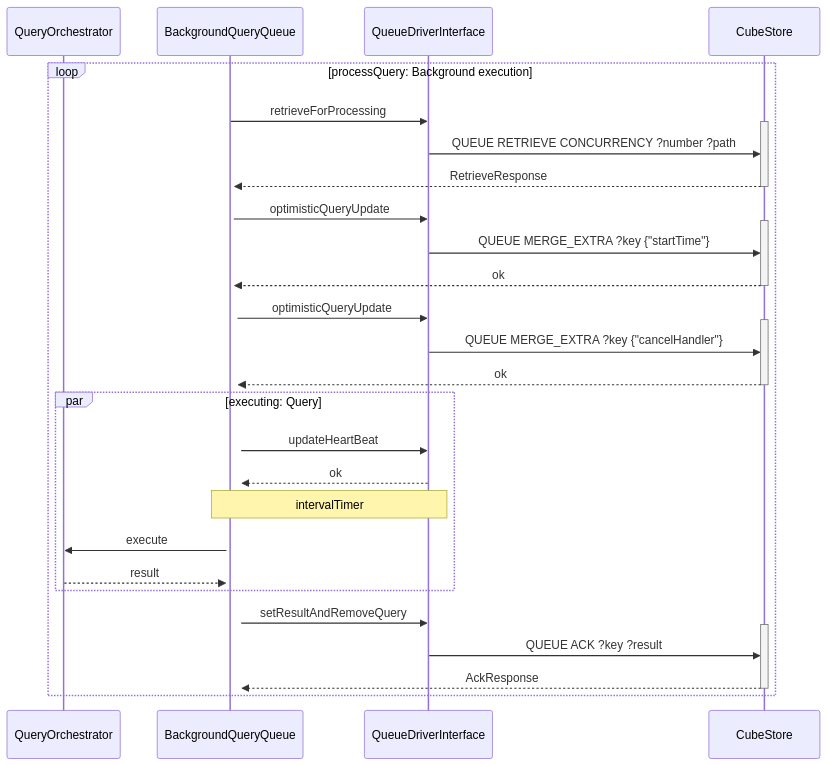
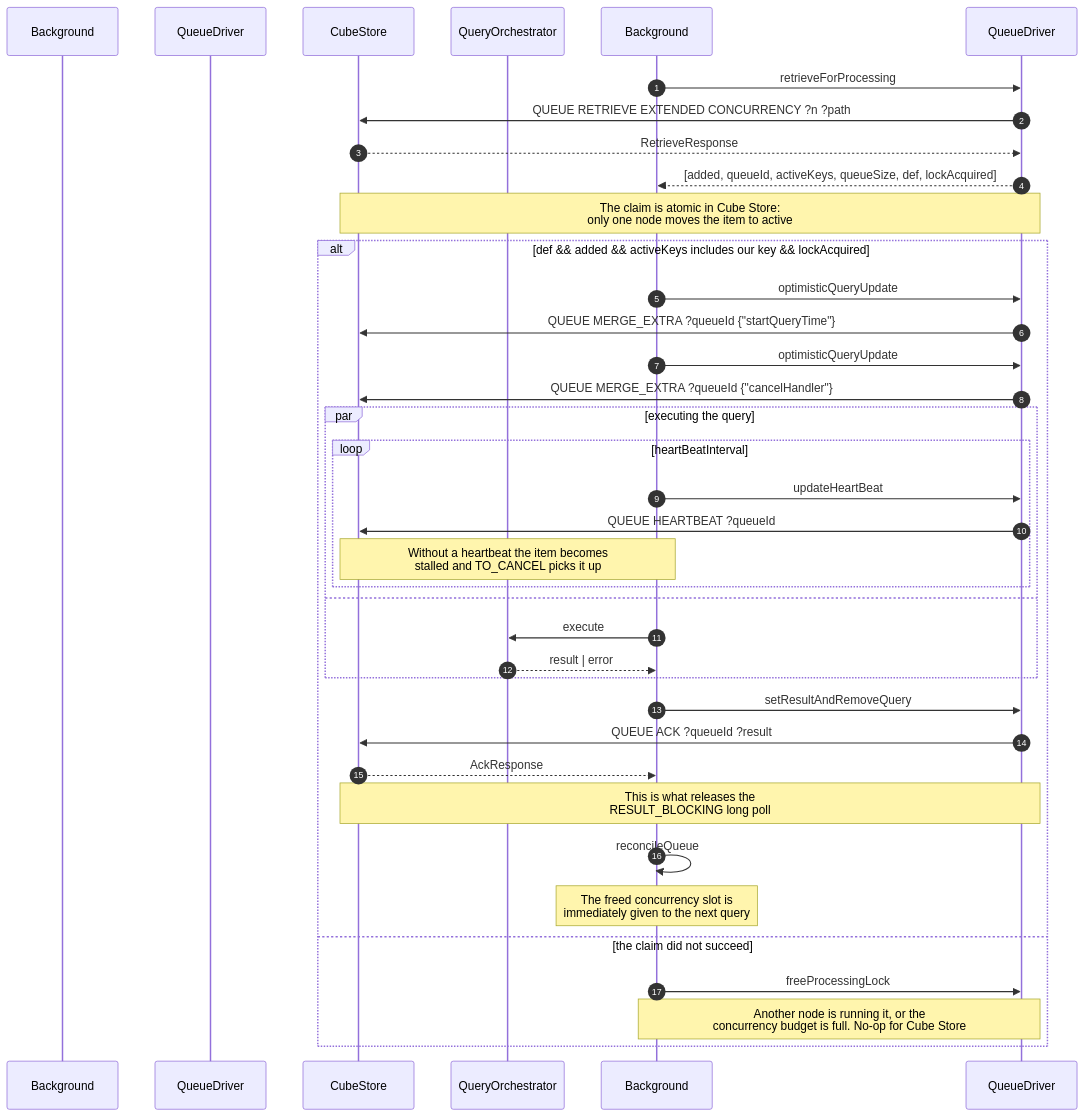
The third of 4 diagrams in packages/cubejs-query-orchestrator/DEVELOPMENT.md (cube-js/cube), drawn with Mermaid before and after one commit. The commit also changed other lines of this file and 10 other files, not shown here.

Commit message:
feat(cubestore): Support QUEUE ADD_AND_RETRIEVE command (#11590)

````diff
--- a/packages/cubejs-query-orchestrator/DEVELOPMENT.md
+++ b/packages/cubejs-query-orchestrator/DEVELOPMENT.md
@@ -94,42 +180,44 @@
 ```mermaid
 sequenceDiagram
+    autonumber
+    participant BackgroundQueryQueue as Background
+    participant QueueDriverInterface as QueueDriver
+    participant CubeStore
     participant QueryOrchestrator
-    participant BackgroundQueryQueue
-    participant QueueDriverInterface
-    participant CubeStore
 
-    loop processQuery: Background execution
-        BackgroundQueryQueue->>QueueDriverInterface: retrieveForProcessing
-        activate CubeStore
-        QueueDriverInterface->>CubeStore: QUEUE RETRIEVE CONCURRENCY ?number ?path
-        CubeStore-->>+BackgroundQueryQueue: RetrieveResponse
-        deactivate CubeStore
+    Background->>QueueDriver: retrieveForProcessing
+    QueueDriver->>CubeStore: QUEUE RETRIEVE EXTENDED CONCURRENCY ?n ?path
+    CubeStore-->>QueueDriver: RetrieveResponse
+    QueueDriver-->>Background: [added, queueId, activeKeys, queueSize, def, lockAcquired]
+    Note over QueueDriver,CubeStore: The claim is atomic in Cube Store:<br/>only one node moves the item to active
 
-        BackgroundQueryQueue->>QueueDriverInterface: optimisticQueryUpdate
-        activate CubeStore
-        QueueDriverInterface->>CubeStore: QUEUE MERGE_EXTRA ?key {"startTime"}
-        CubeStore-->>+BackgroundQueryQueue: ok
-        deactivate CubeStore
+    alt def && added && activeKeys includes our key && lockAcquired
+        Background->>QueueDriver: optimisticQueryUpdate
+        QueueDriver->>CubeStore: QUEUE MERGE_EXTRA ?queueId {"startQueryTime"}
 
-        BackgroundQueryQueue->>QueueDriverInterface: optimisticQueryUpdate
-        activate CubeStore
-        QueueDriverInterface->>CubeStore: QUEUE MERGE_EXTRA ?key {"cancelHandler"}
-        CubeStore-->>+BackgroundQueryQueue: ok
-        deactivate CubeStore
+        Background->>QueueDriver: optimisticQueryUpdate
+        QueueDriver->>CubeStore: QUEUE MERGE_EXTRA ?queueId {"cancelHandler"}
 
-        par executing: Query
-            BackgroundQueryQueue->>QueueDriverInterface: updateHeartBeat
-            QueueDriverInterface-->>BackgroundQueryQueue: ok
-            Note over BackgroundQueryQueue,QueueDriverInterface: intervalTimer
-
-            BackgroundQueryQueue->>QueryOrchestrator: execute
-            QueryOrchestrator-->>BackgroundQueryQueue: result
+        par executing the query
+            loop heartBeatInterval
+                Background->>QueueDriver: updateHeartBeat
+                QueueDriver->>CubeStore: QUEUE HEARTBEAT ?queueId
+                Note over Background,CubeStore: Without a heartbeat the item becomes<br/>stalled and TO_CANCEL picks it up
+            end
+        and
+            Background->>QueryOrchestrator: execute
+            QueryOrchestrator-->>Background: result | error
         end
 
-        BackgroundQueryQueue->>QueueDriverInterface: setResultAndRemoveQuery
-        activate CubeStore
-        QueueDriverInterface->>CubeStore: QUEUE ACK ?key ?result
-        CubeStore-->>+BackgroundQueryQueue: AckResponse
-        deactivate CubeStore
+        Background->>QueueDriver: setResultAndRemoveQuery
+        QueueDriver->>CubeStore: QUEUE ACK ?queueId ?result
+        CubeStore-->>Background: AckResponse
+        Note over QueueDriver,CubeStore: This is what releases the<br/>RESULT_BLOCKING long poll
+
+        Background->>Background: reconcileQueue
+        Note over Background: The freed concurrency slot is<br/>immediately given to the next query
+    else the claim did not succeed
+        Background->>QueueDriver: freeProcessingLock
+        Note over Background,QueueDriver: Another node is running it, or the<br/>concurrency budget is full. No-op for Cube Store
     end
 ```
````
